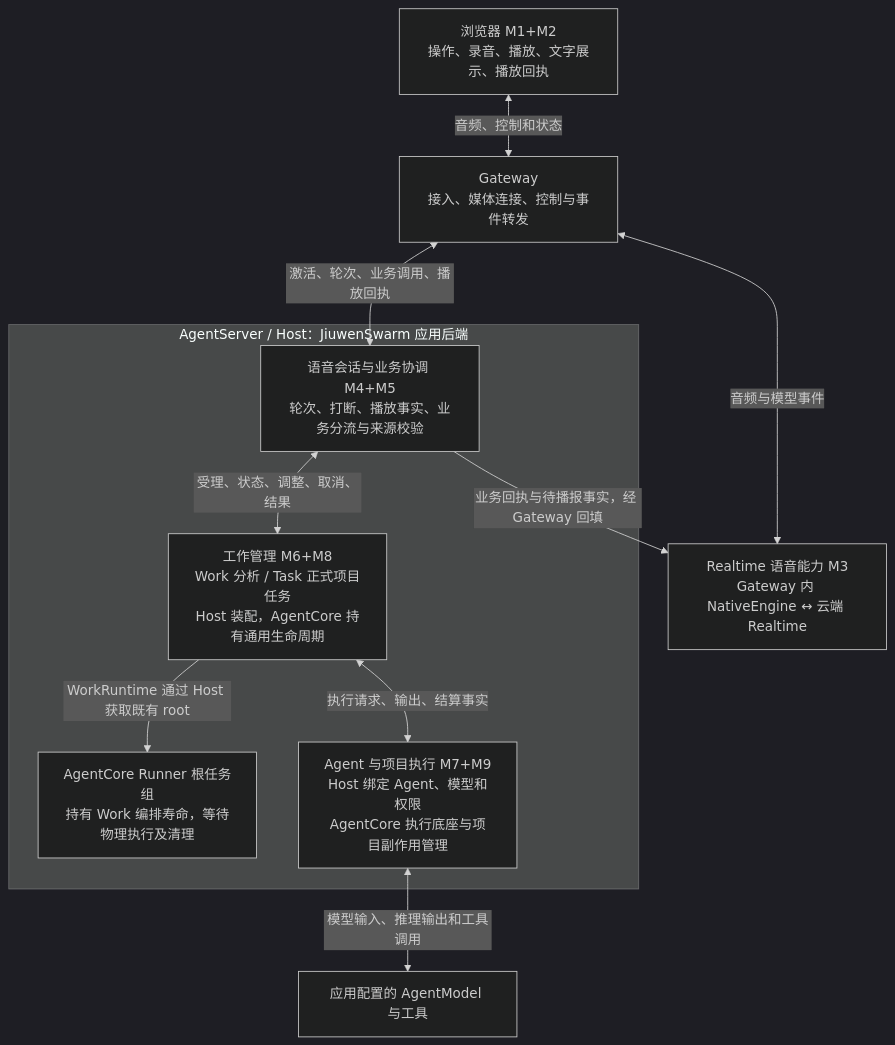
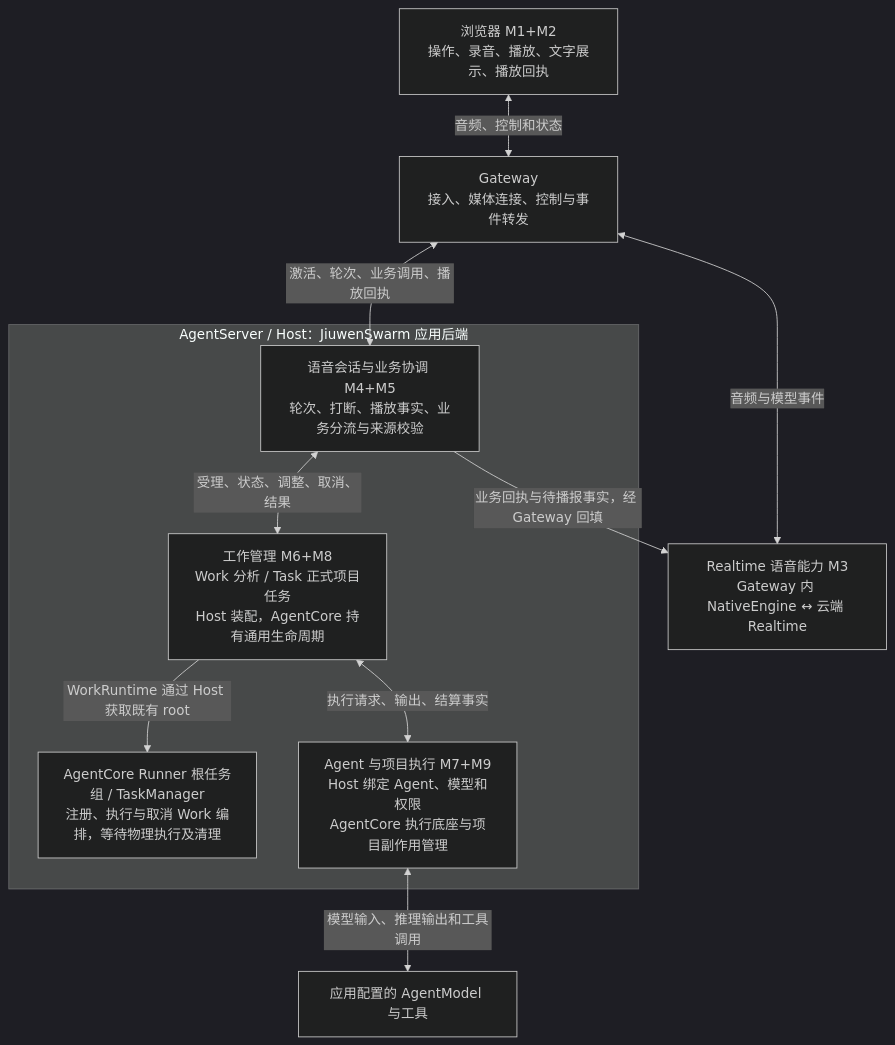
The first of 2 diagrams in live-voice/architecture/LIVE_VOICE_MODULE_GUIDE.md (agtai/jiuwenswarm), drawn with Mermaid (dark theme) before and after one commit. The commit also changed other lines of this file and 10 other files, not shown here.

Commit message:
chore(work): pair native task management SDK with integration evidence

````diff
--- a/live-voice/architecture/LIVE_VOICE_MODULE_GUIDE.md
+++ b/live-voice/architecture/LIVE_VOICE_MODULE_GUIDE.md
@@ -20,20 +24,20 @@
 ```mermaid
 flowchart TB
   B["浏览器 M1+M2<br/>操作、录音、播放、文字展示、播放回执"]
   G["Gateway<br/>接入、媒体连接、控制与事件转发"]
   E["Realtime 语音能力 M3<br/>Gateway 内 NativeEngine ↔ 云端 Realtime"]
   subgraph H["AgentServer / Host：JiuwenSwarm 应用后端"]
     C["语音会话与业务协调 M4+M5<br/>轮次、打断、播放事实、业务分流与来源校验"]
     W["工作管理 M6+M8<br/>Work 分析 / Task 正式项目任务<br/>Host 装配，AgentCore 持有通用生命周期"]
-    R["AgentCore Runner 根任务组<br/>持有 Work 编排寿命，等待物理执行及清理"]
+    R["AgentCore Runner 根任务组 / TaskManager<br/>注册、执行与取消 Work 编排，等待物理执行及清理"]
     W -->|WorkRuntime 通过 Host 获取既有 root| R
     X["Agent 与项目执行 M7+M9<br/>Host 绑定 Agent、模型和权限<br/>AgentCore 执行底座与项目副作用管理"]
     C <-->|受理、状态、调整、取消、结果| W
     W <-->|执行请求、输出、结算事实| X
   end
   B <-->|音频、控制和状态| G
   G <-->|音频与模型事件| E
   G <-->|激活、轮次、业务调用、播放回执| C
   C -->|业务回执与待播报事实，经 Gateway 回填| E
   X <-->|模型输入、推理输出和工具调用| A["应用配置的 AgentModel 与工具"]
 ```
````
